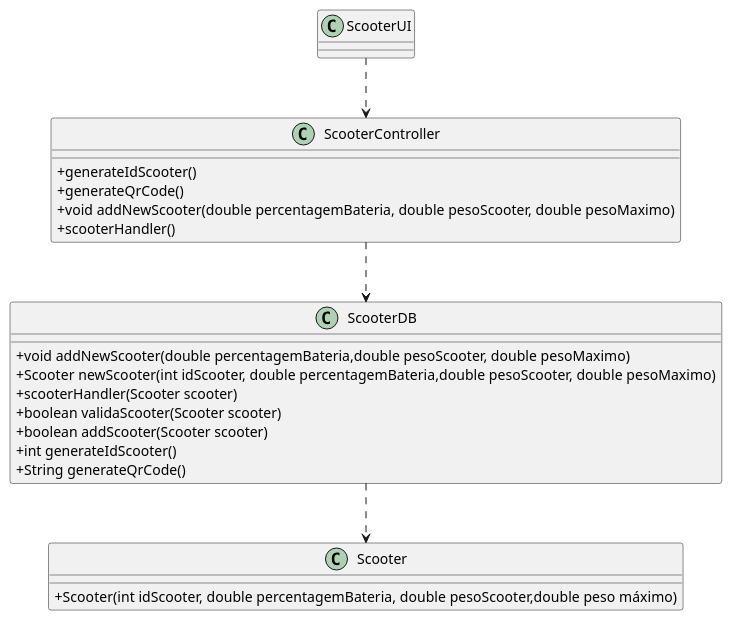
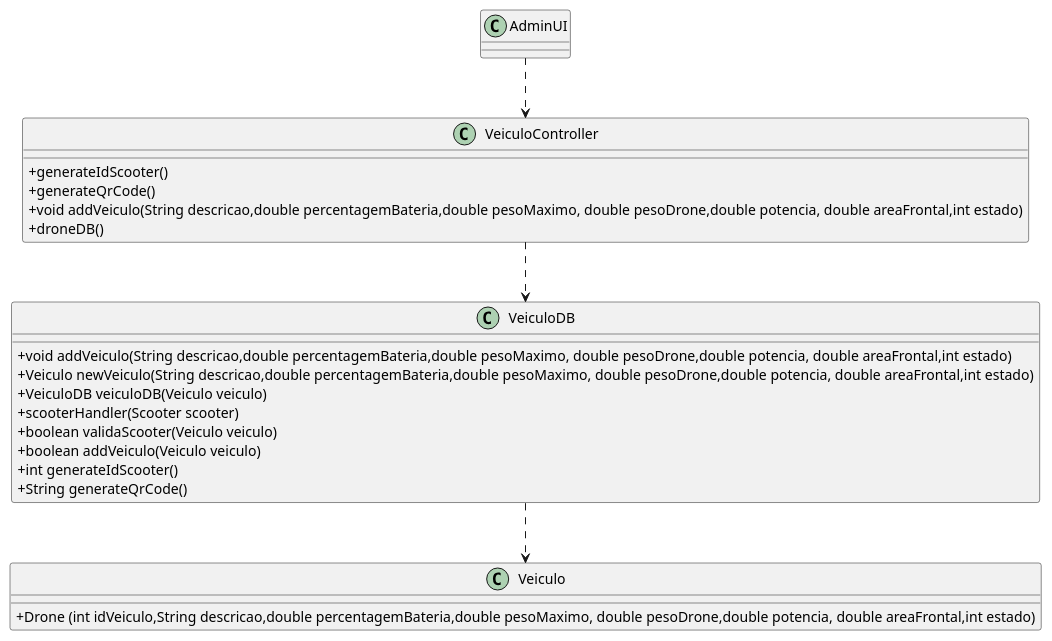
One commit to pedrolemos4/LAPR3 changed the diagram in docs/UC10/UC10_AdcionarScooter_CD.puml. Above: the diagram before and after it, drawn with PlantUML. The commit also changed 6 other files, not shown here.

```diff
--- a/docs/UC10/UC10_AdcionarScooter_CD.puml
+++ b/docs/UC10/UC10_AdcionarScooter_CD.puml
@@ -1,32 +1,33 @@
 @startuml
 skinparam classAttributeIconSize 0
 
-class ScooterDB {
-  +void addNewScooter(double percentagemBateria,double pesoScooter, double pesoMaximo)
-  +Scooter newScooter(int idScooter, double percentagemBateria,double pesoScooter, double pesoMaximo)
+class VeiculoDB {
+ +void addVeiculo(String descricao,double percentagemBateria,double pesoMaximo, double pesoDrone,double potencia, double areaFrontal,int estado)
+  +Veiculo newVeiculo(String descricao,double percentagemBateria,double pesoMaximo, double pesoDrone,double potencia, double areaFrontal,int estado)
+  +VeiculoDB veiculoDB(Veiculo veiculo)
   +scooterHandler(Scooter scooter)
-  +boolean validaScooter(Scooter scooter)
-  +boolean addScooter(Scooter scooter)
+  +boolean validaScooter(Veiculo veiculo)
+  +boolean addVeiculo(Veiculo veiculo)
   +int generateIdScooter()
   +String generateQrCode()
 }
 
-class ScooterController {
+class VeiculoController {
     +generateIdScooter()
     +generateQrCode()
-    +void addNewScooter(double percentagemBateria, double pesoScooter, double pesoMaximo)
-    +scooterHandler()
+    +void addVeiculo(String descricao,double percentagemBateria,double pesoMaximo, double pesoDrone,double potencia, double areaFrontal,int estado)
+    +droneDB()
 }
 
-class ScooterUI {
+class AdminUI {
 }
 
-class Scooter {
-   +Scooter(int idScooter, double percentagemBateria, double pesoScooter,double peso máximo)
+class Veiculo {
+   +Drone (int idVeiculo,String descricao,double percentagemBateria,double pesoMaximo, double pesoDrone,double potencia, double areaFrontal,int estado)
 }
 
-ScooterUI ..> ScooterController 
+AdminUI ..> VeiculoController 
 
-ScooterController ..> ScooterDB
-ScooterDB ..> Scooter
+VeiculoController ..> VeiculoDB
+VeiculoDB ..> Veiculo
 @enduml
```
